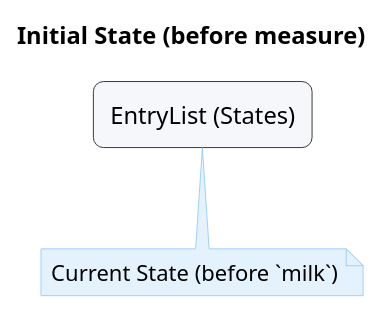
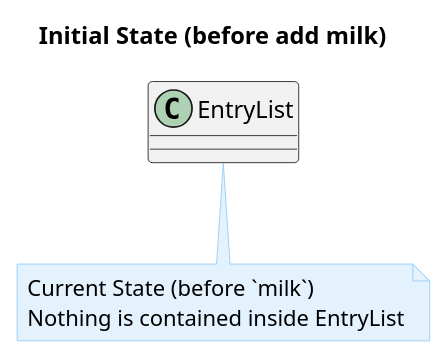
Before and after one commit to Ibrashoukry/tp: the diagram in docs/diagrams/AddMilk_Initial.puml, drawn with PlantUML. The commit also changed 9 other files, not shown here.

Commit message:
(#177) (#180) Edit initial state diagram, made it clearer. Edit BodyMeasurementEntry append and validation

```diff
--- a/docs/diagrams/AddMilk_Initial.puml
+++ b/docs/diagrams/AddMilk_Initial.puml
@@ -1,27 +1,28 @@
 @startuml
-' ===== Initial State (before measure) =====
-title Initial State (before measure)
+' ===== Initial State (before addMilk) =====
+title Initial State (before add milk)
 
 skinparam shadowing false
 skinparam defaultFontName Arial
 skinparam rectangle {
   RoundCorner 12
   FontSize 14
 }
 skinparam note {
   BackgroundColor #E3F2FD
   BorderColor #90CAF9
   RoundCorner 12
 }
 
-rectangle "EntryList (States)" as EL #F5F7FA {
-  ' empty before adding a measurement
+class EntryList {
+
 }
 
 ' show "current state" pointer
 note as CS #E3F2FD
 Current State (before `milk`)
+Nothing is contained inside EntryList
 end note
-CS -up-> EL
+CS -up-> EntryList
 
 @enduml
```
